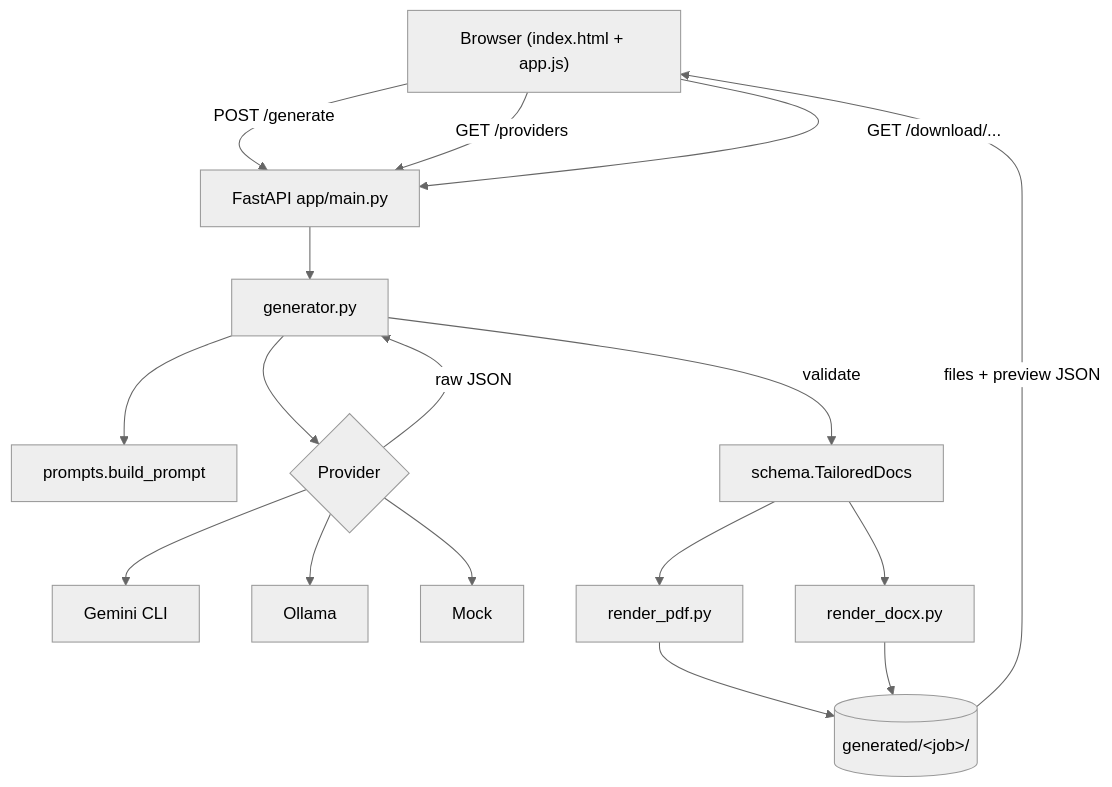
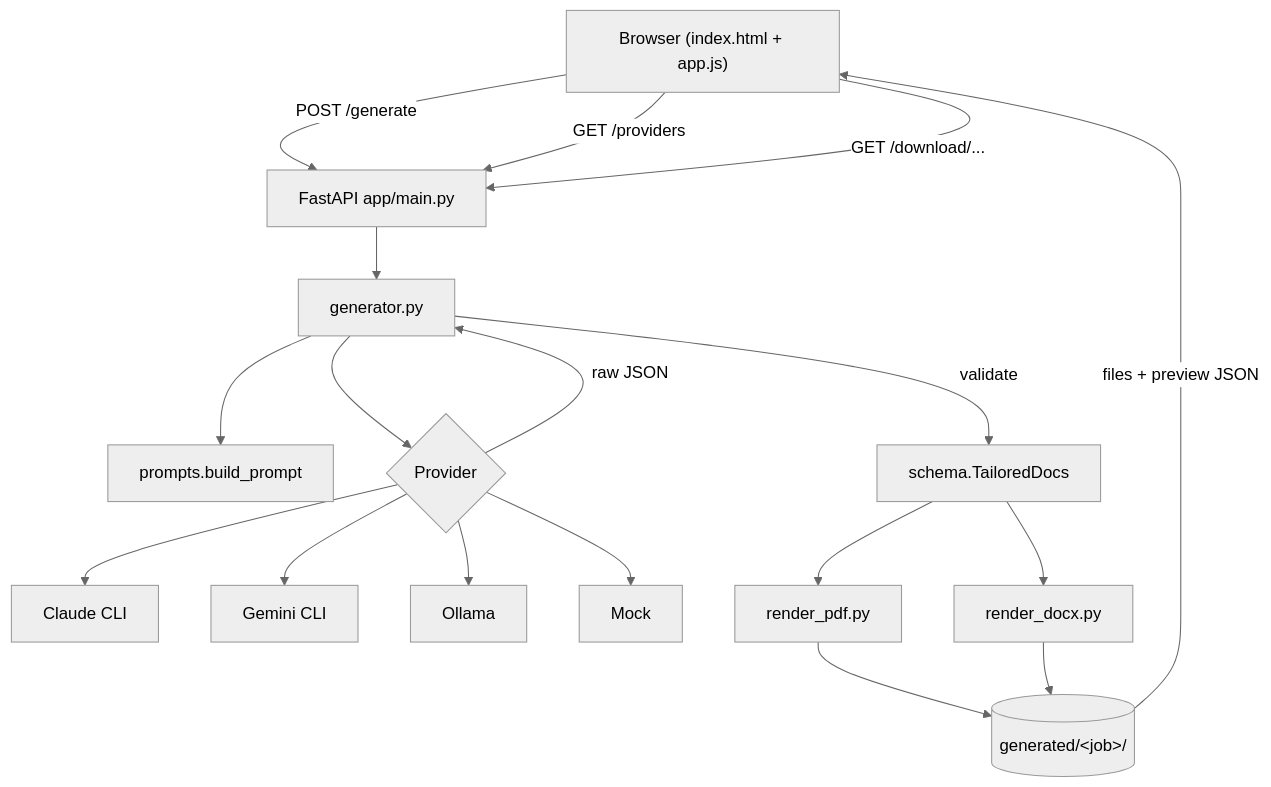
One commit to mahadevaiahrashmi/resume-tailor changed the diagram in docs/ARCHITECTURE.md. Above: the diagram before and after it, drawn with Mermaid (neutral theme). The commit also changed other lines of this file and 10 other files, not shown here.

First line of the commit message:
Add Claude CLI as a fourth AI engine

````diff
--- a/docs/ARCHITECTURE.md
+++ b/docs/ARCHITECTURE.md
@@ -9,19 +9,20 @@
 ```mermaid
 flowchart TD
     B["Browser (index.html + app.js)"] -->|POST /generate| API[FastAPI app/main.py]
     B -->|GET /providers| API
     B -->|GET /download/...| API
     API --> G[generator.py]
     G --> P[prompts.build_prompt]
     G --> PR{Provider}
+    PR --> CLA[Claude CLI]
     PR --> GEM[Gemini CLI]
     PR --> OLL[Ollama]
     PR --> MOCK[Mock]
     PR -->|raw JSON| G
     G -->|validate| SCH[schema.TailoredDocs]
     SCH --> RPDF[render_pdf.py]
     SCH --> RDOCX[render_docx.py]
     RPDF --> FS[(generated/&lt;job&gt;/)]
     RDOCX --> FS
     FS -->|files + preview JSON| B
 ```
````
